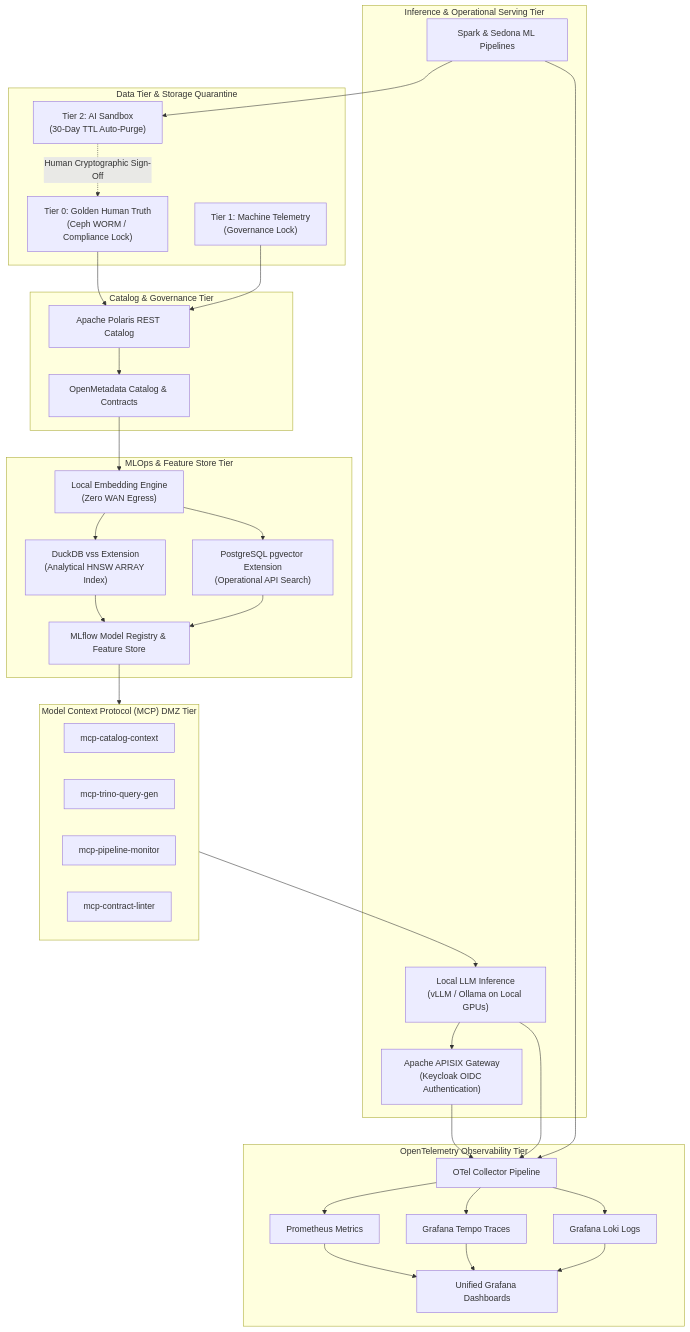
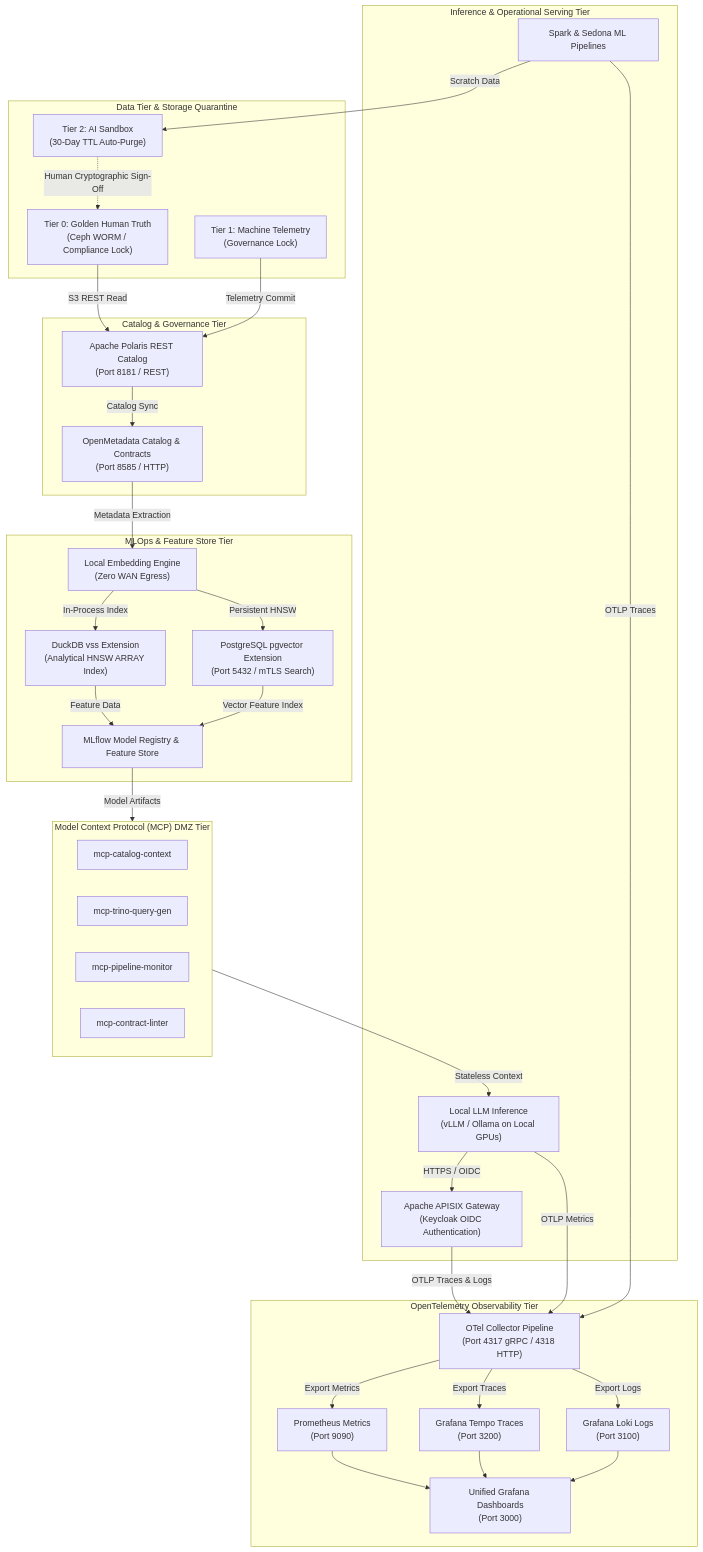
Before and after one commit to linuxmalaysia/bda-ai-infra: the second of 2 diagrams in docs/reference/5-year-bda-ai-roadmap-and-business-case.md, drawn with Mermaid. The commit also changed other lines of this file and 18 other files, not shown here.

Commit message:
feat: add dual-render diagram AI skill and refactor all existing diagrams

````diff
--- a/docs/reference/5-year-bda-ai-roadmap-and-business-case.md
+++ b/docs/reference/5-year-bda-ai-roadmap-and-business-case.md
@@ -221,70 +410,70 @@
 ```mermaid
 flowchart TB
-    subgraph DataTier ["Data Tier & Storage Quarantine"]
+    subgraph DataTier ["Data Tier &amp; Storage Quarantine"]
         Tier0["Tier 0: Golden Human Truth<br/>(Ceph WORM / Compliance Lock)"]
         Tier1["Tier 1: Machine Telemetry<br/>(Governance Lock)"]
         Tier2["Tier 2: AI Sandbox<br/>(30-Day TTL Auto-Purge)"]
     end
 
-    subgraph CatalogTier ["Catalog & Governance Tier"]
-        Polaris["Apache Polaris REST Catalog"]
-        OpenMetadata["OpenMetadata Catalog & Contracts"]
+    subgraph CatalogTier ["Catalog &amp; Governance Tier"]
+        Polaris["Apache Polaris REST Catalog<br/>(Port 8181 / REST)"]
+        OpenMetadata["OpenMetadata Catalog &amp; Contracts<br/>(Port 8585 / HTTP)"]
     end
 
-    subgraph MLOpsTier ["MLOps & Feature Store Tier"]
-        MLflow["MLflow Model Registry & Feature Store"]
+    subgraph MLOpsTier ["MLOps &amp; Feature Store Tier"]
+        MLflow["MLflow Model Registry &amp; Feature Store"]
         LocalEmbed["Local Embedding Engine<br/>(Zero WAN Egress)"]
         DuckDBVSS["DuckDB vss Extension<br/>(Analytical HNSW ARRAY Index)"]
-        PgVector["PostgreSQL pgvector Extension<br/>(Operational API Search)"]
+        PgVector["PostgreSQL pgvector Extension<br/>(Port 5432 / mTLS Search)"]
     end
 
     subgraph MCPDMZTier ["Model Context Protocol (MCP) DMZ Tier"]
         MCP1["mcp-catalog-context"]
         MCP2["mcp-trino-query-gen"]
         MCP3["mcp-pipeline-monitor"]
         MCP4["mcp-contract-linter"]
     end
 
-    subgraph ExecutionTier ["Inference & Operational Serving Tier"]
+    subgraph ExecutionTier ["Inference &amp; Operational Serving Tier"]
         vLLM["Local LLM Inference<br/>(vLLM / Ollama on Local GPUs)"]
-        SparkSedona["Spark & Sedona ML Pipelines"]
+        SparkSedona["Spark &amp; Sedona ML Pipelines"]
         APISIX["Apache APISIX Gateway<br/>(Keycloak OIDC Authentication)"]
     end
 
     subgraph OTelTier ["OpenTelemetry Observability Tier"]
-        OTel["OTel Collector Pipeline"]
-        Prometheus["Prometheus Metrics"]
-        Tempo["Grafana Tempo Traces"]
-        Loki["Grafana Loki Logs"]
-        Grafana["Unified Grafana Dashboards"]
+        OTel["OTel Collector Pipeline<br/>(Port 4317 gRPC / 4318 HTTP)"]
+        Prometheus["Prometheus Metrics<br/>(Port 9090)"]
+        Tempo["Grafana Tempo Traces<br/>(Port 3200)"]
+        Loki["Grafana Loki Logs<br/>(Port 3100)"]
+        Grafana["Unified Grafana Dashboards<br/>(Port 3000)"]
     end
 
-    Tier0 --> Polaris
-    Tier1 --> Polaris
-    Polaris --> OpenMetadata
+    Tier0 -->|"S3 REST Read"| Polaris
+    Tier1 -->|"Telemetry Commit"| Polaris
+    Polaris -->|"Catalog Sync"| OpenMetadata
 
-    OpenMetadata --> LocalEmbed
-    LocalEmbed --> DuckDBVSS
-    LocalEmbed --> PgVector
+    OpenMetadata -->|"Metadata Extraction"| LocalEmbed
+    LocalEmbed -->|"In-Process Index"| DuckDBVSS
+    LocalEmbed -->|"Persistent HNSW"| PgVector
 
-    DuckDBVSS --> MLflow
-    PgVector --> MLflow
+    DuckDBVSS -->|"Feature Data"| MLflow
+    PgVector -->|"Vector Feature Index"| MLflow
 
-    MLflow --> MCPDMZTier
-    MCPDMZTier --> vLLM
-    vLLM --> APISIX
+    MLflow -->|"Model Artifacts"| MCPDMZTier
+    MCPDMZTier -->|"Stateless Context"| vLLM
+    vLLM -->|"HTTPS / OIDC"| APISIX
 
-    SparkSedona --> Tier2
-    Tier2 -.->|Human Cryptographic Sign-Off| Tier0
+    SparkSedona -->|"Scratch Data"| Tier2
+    Tier2 -.->|"Human Cryptographic Sign-Off"| Tier0
 
-    APISIX --> OTel
-    vLLM --> OTel
-    SparkSedona --> OTel
+    APISIX -->|"OTLP Traces &amp; Logs"| OTel
+    vLLM -->|"OTLP Metrics"| OTel
+    SparkSedona -->|"OTLP Traces"| OTel
 
-    OTel --> Prometheus
-    OTel --> Tempo
-    OTel --> Loki
+    OTel -->|"Export Metrics"| Prometheus
+    OTel -->|"Export Traces"| Tempo
+    OTel -->|"Export Logs"| Loki
     Prometheus --> Grafana
     Tempo --> Grafana
     Loki --> Grafana
 ```
````
